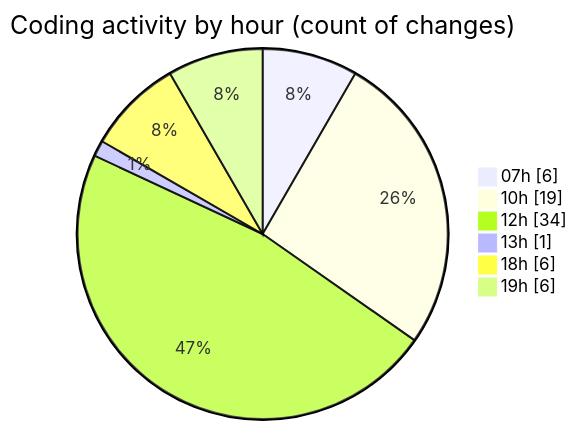
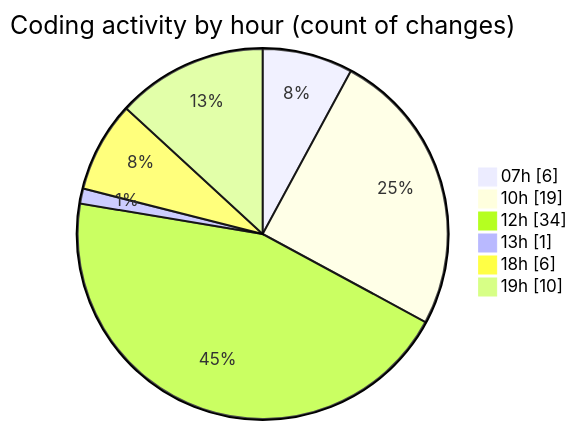
Before and after one commit to lephambinh05/code-tracking: the second of 2 diagrams in 2025-08-14/rentotp/README.md, drawn with Mermaid. The commit also changed other lines of this file and 1 other file, not shown here.

````diff
--- a/2025-08-14/rentotp/README.md
+++ b/2025-08-14/rentotp/README.md
@@ -34,10 +34,10 @@
 ```mermaid
 pie showData
 title Coding activity by hour (count of changes)
 "07h" : 6
 "10h" : 19
 "12h" : 34
 "13h" : 1
 "18h" : 6
-"19h" : 6
+"19h" : 10
 ```
````
